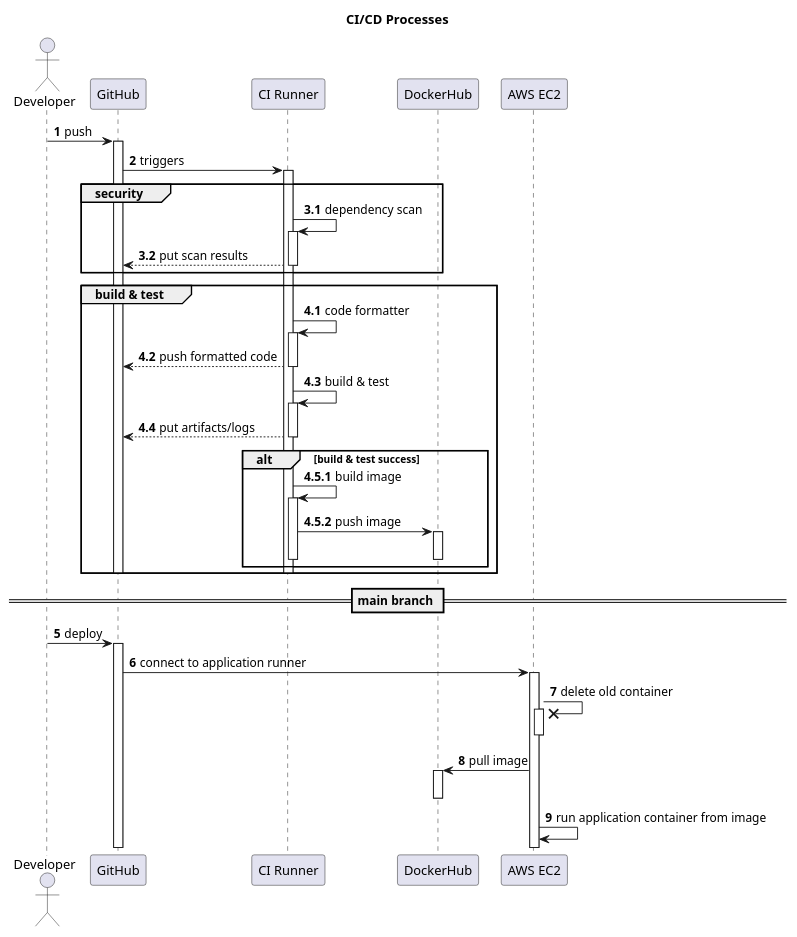
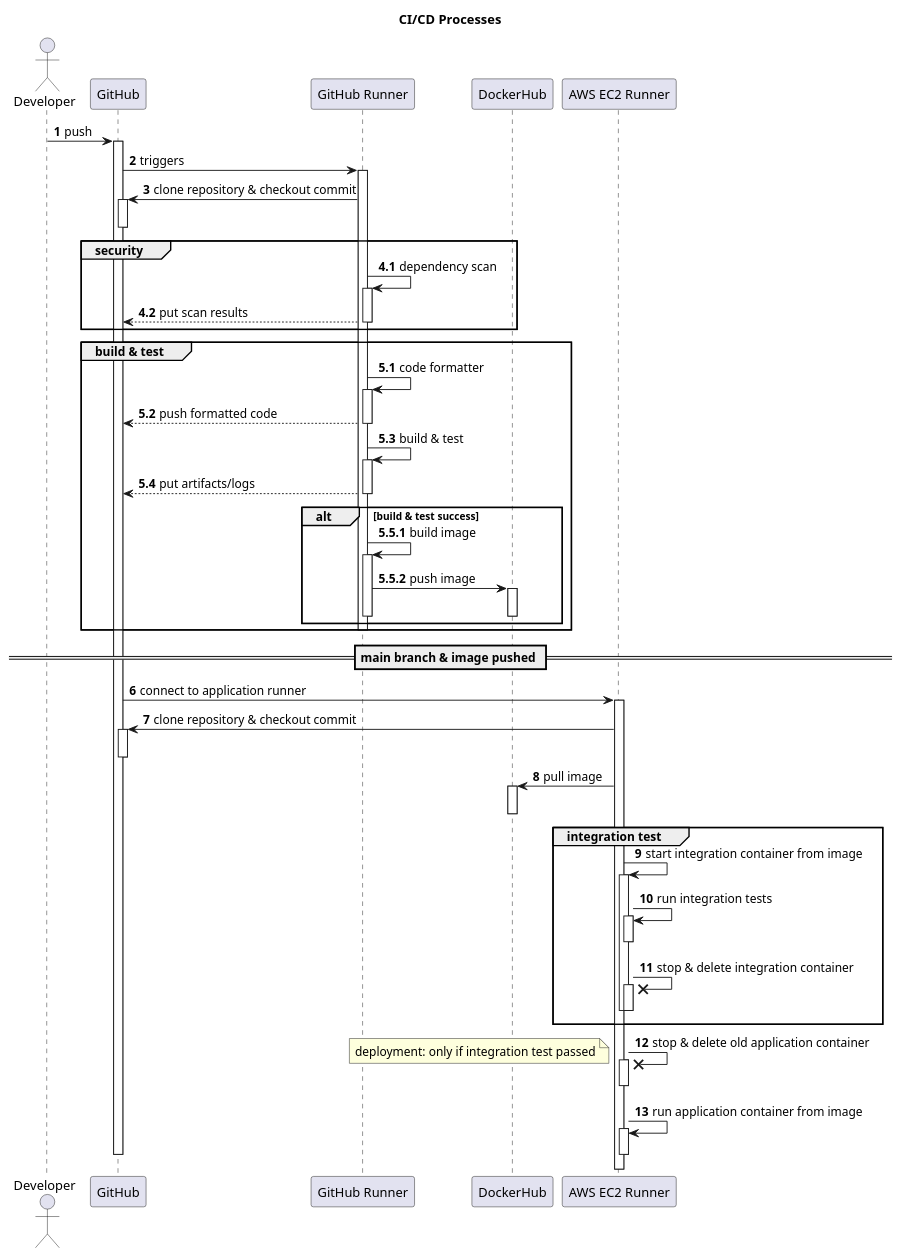
The diagram in doc/cicd/cicd.plantuml (ncs-dpung/NUSISS-PracticeModule1), drawn with PlantUML before and after one commit. The commit also changed 12 other files, not shown here.

Commit message:
CI hurl integration test

```diff
--- a/doc/cicd/cicd.plantuml
+++ b/doc/cicd/cicd.plantuml
@@ -1,73 +1,100 @@
 @startuml
 ''' sequence diagram of ci processes
 title CI/CD Processes
 autonumber
 
-actor       Developer   as dev
-participant GitHub      as gh
-participant "CI Runner" as ci
-participant "DockerHub" as dh
-participant "AWS EC2"   as ec2
+actor       Developer           as dev
+participant GitHub              as gh
+participant "GitHub Runner"     as ci
+participant "DockerHub"         as dh
+participant "AWS EC2 Runner"    as ec2
 
 dev -> gh   : push
 activate gh
 
 gh  -> ci   : triggers
 activate ci
 
-autonumber 3.1
+ci  -> gh   : clone repository & checkout commit
+activate gh
+deactivate gh
+
+autonumber 4.1
 group security
     ci  -> ci   : dependency scan
     activate ci
 
     ci  --> gh  : put scan results
     deactivate ci
 end
 
-autonumber 4.1
+autonumber 5.1
 group build & test
     ci  -> ci   : code formatter
     activate ci
 
     ci  --> gh  : push formatted code
     deactivate ci
 
     ci  -> ci   : build & test
     activate ci
 
     ci  --> gh  : put artifacts/logs
     deactivate ci
     
-autonumber 4.5.1
+autonumber 5.5.1
 alt build & test success
     ci  -> ci   : build image
     activate ci
     
     ci  -> dh   : push image
     activate dh
     deactivate dh
     deactivate ci
 end
 
 deactivate ci
-deactivate gh
 end
-== main branch ==
+== main branch & image pushed ==
 
-autonumber 5
-dev -> gh   : deploy
-activate gh
+autonumber 6
 
 gh  -> ec2  : connect to application runner
 activate ec2
 
-ec2 ->x ec2 : delete old container
-activate ec2
-deactivate ec2
+ec2  -> gh  : clone repository & checkout commit
+activate gh
+deactivate gh
 
 ec2 -> dh   : pull image
 activate dh
 deactivate dh
 
+group integration test
+    ec2 -> ec2  : start integration container from image
+    activate ec2
+
+    ec2 -> ec2  : run integration tests
+    activate ec2
+    deactivate ec2
+
+    ec2 ->x ec2 : stop & delete integration container
+    activate ec2
+    deactivate ec2
+    deactivate ec2
+end
+
+ec2 ->x ec2 : stop & delete old application container
+activate ec2
+deactivate ec2
+note left
+    deployment: only if integration test passed
+end note
+
+
 ec2 -> ec2  : run application container from image
+activate ec2
+deactivate ec2
+
+deactivate gh
 @enduml
```
